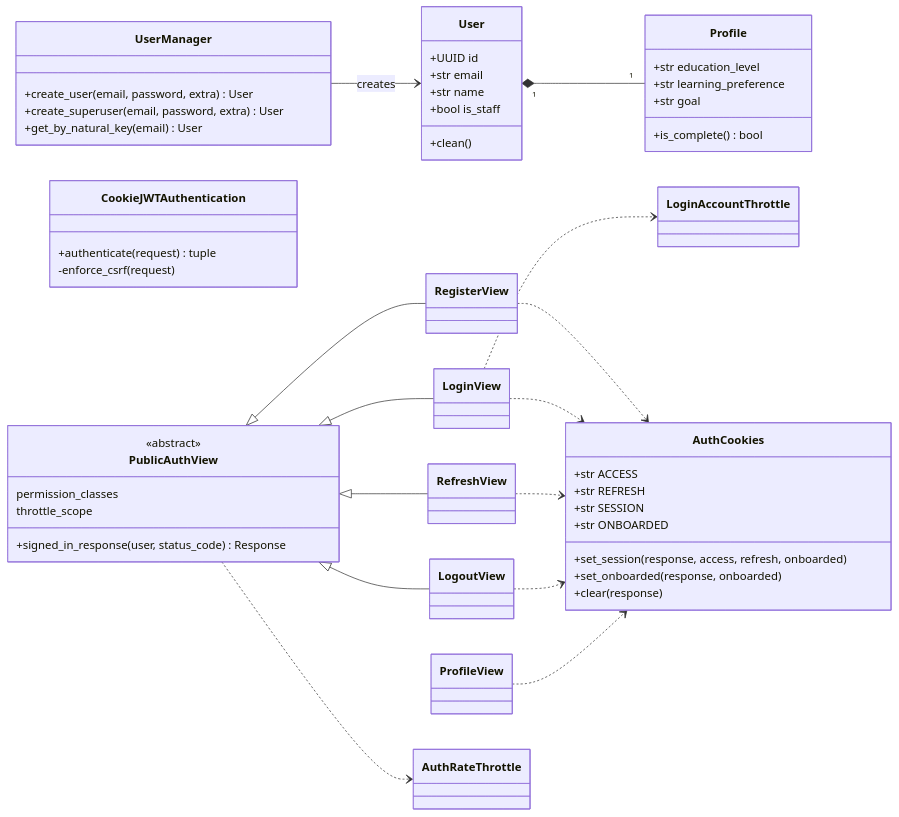
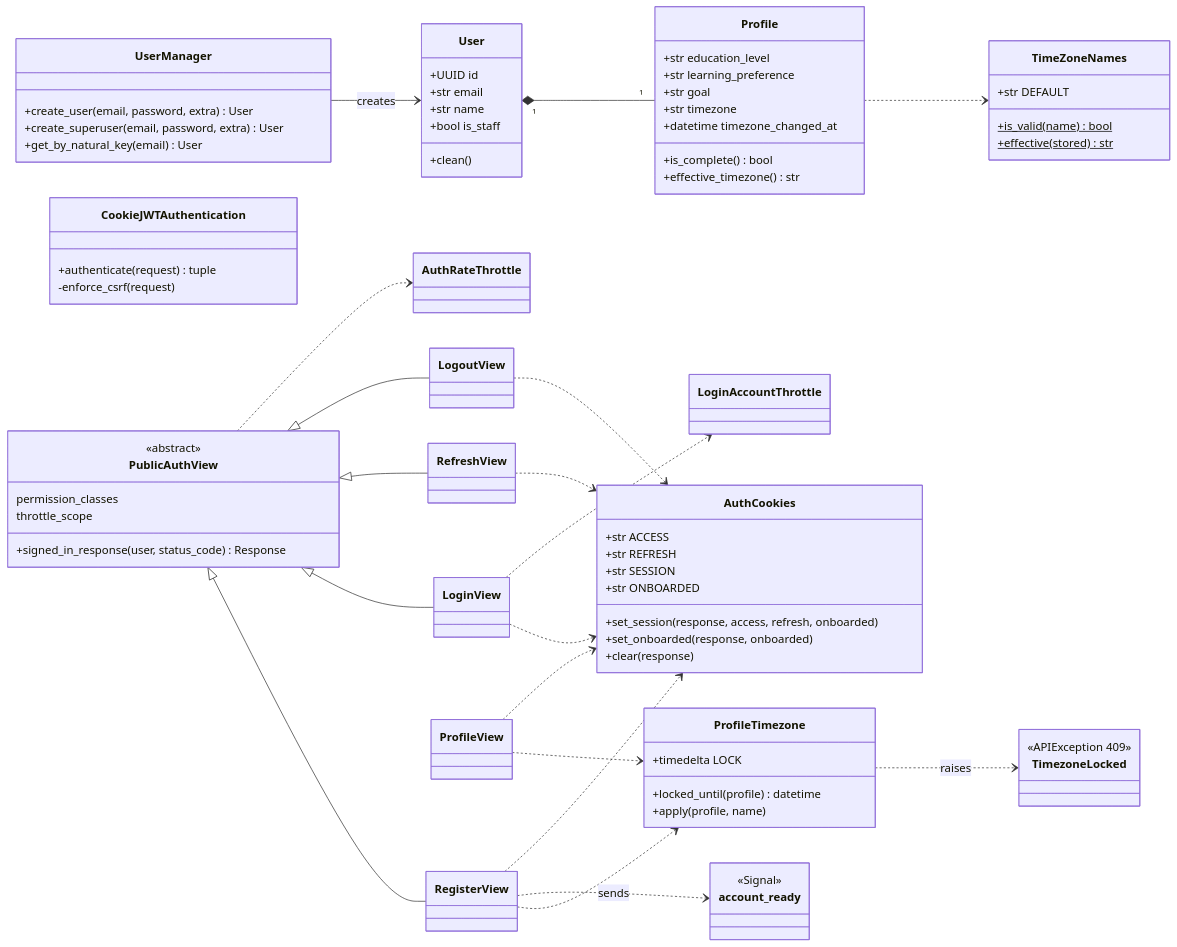
Before and after one commit to Satyamkumarjha4/Intelilearn: the second of 29 diagrams in docs/architecture/design.md, drawn with Mermaid. The commit also changed other lines of this file and 7 other files, not shown here.

```diff
--- a/docs/architecture/design.md
+++ b/docs/architecture/design.md
@@ -206,7 +206,26 @@
         +str education_level
         +str learning_preference
         +str goal
+        +str timezone
+        +datetime timezone_changed_at
         +is_complete() bool
+        +effective_timezone() str
+    }
+    class TimeZoneNames {
+        +str DEFAULT
+        +is_valid(name)$ bool
+        +effective(stored)$ str
+    }
+    class ProfileTimezone {
+        +timedelta LOCK
+        +locked_until(profile) datetime
+        +apply(profile, name)
+    }
+    class TimezoneLocked {
+        <<APIException 409>>
+    }
+    class account_ready {
+        <<Signal>>
     }
     class CookieJWTAuthentication {
         +authenticate(request) tuple
@@ -237,6 +256,11 @@
 
     UserManager --> User : creates
     User "1" *-- "1" Profile
+    Profile ..> TimeZoneNames
+    ProfileTimezone ..> TimezoneLocked : raises
+    ProfileView ..> ProfileTimezone
+    RegisterView ..> ProfileTimezone
+    RegisterView ..> account_ready : sends
     PublicAuthView <|-- RegisterView
     PublicAuthView <|-- LoginView
     PublicAuthView <|-- RefreshView
```
